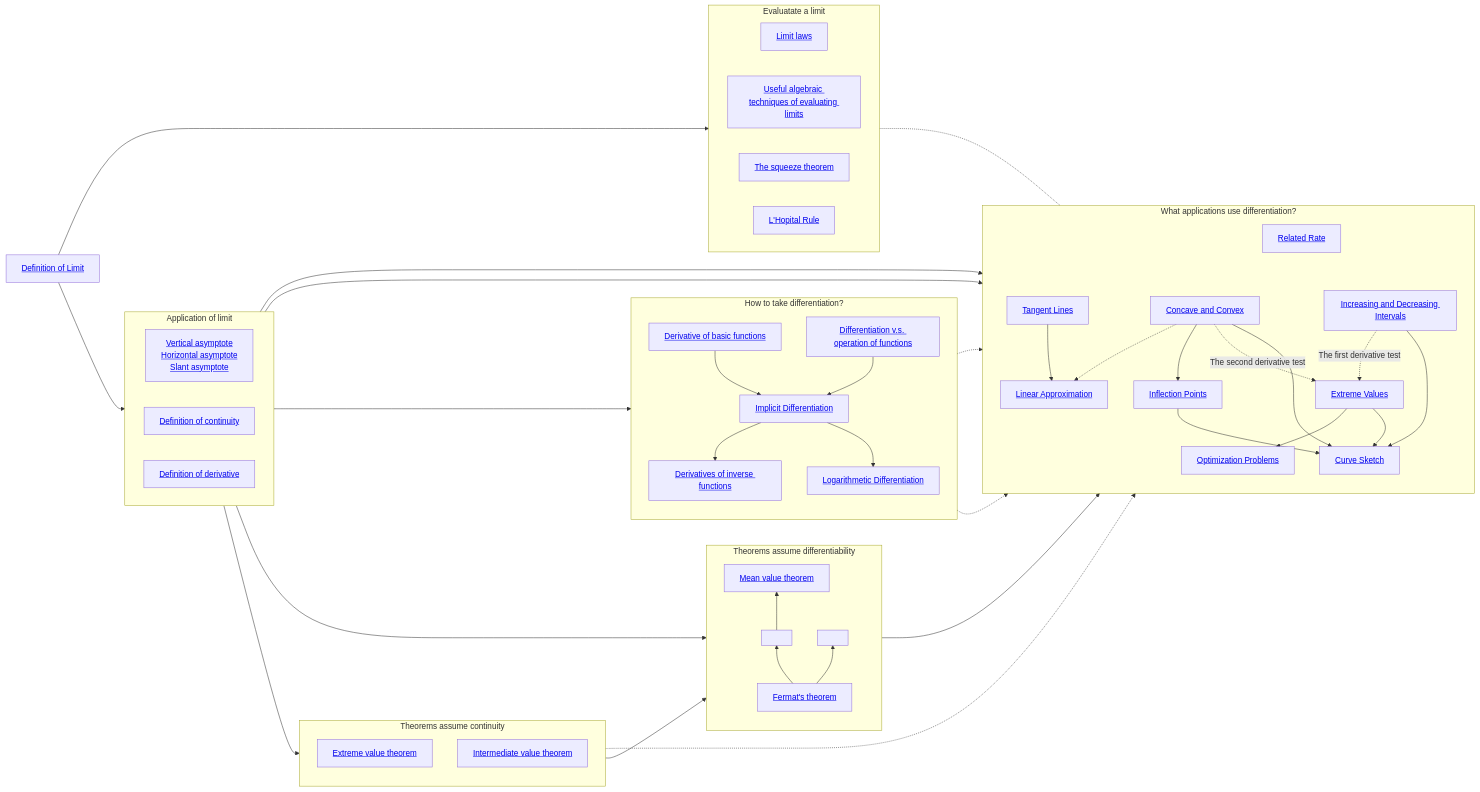
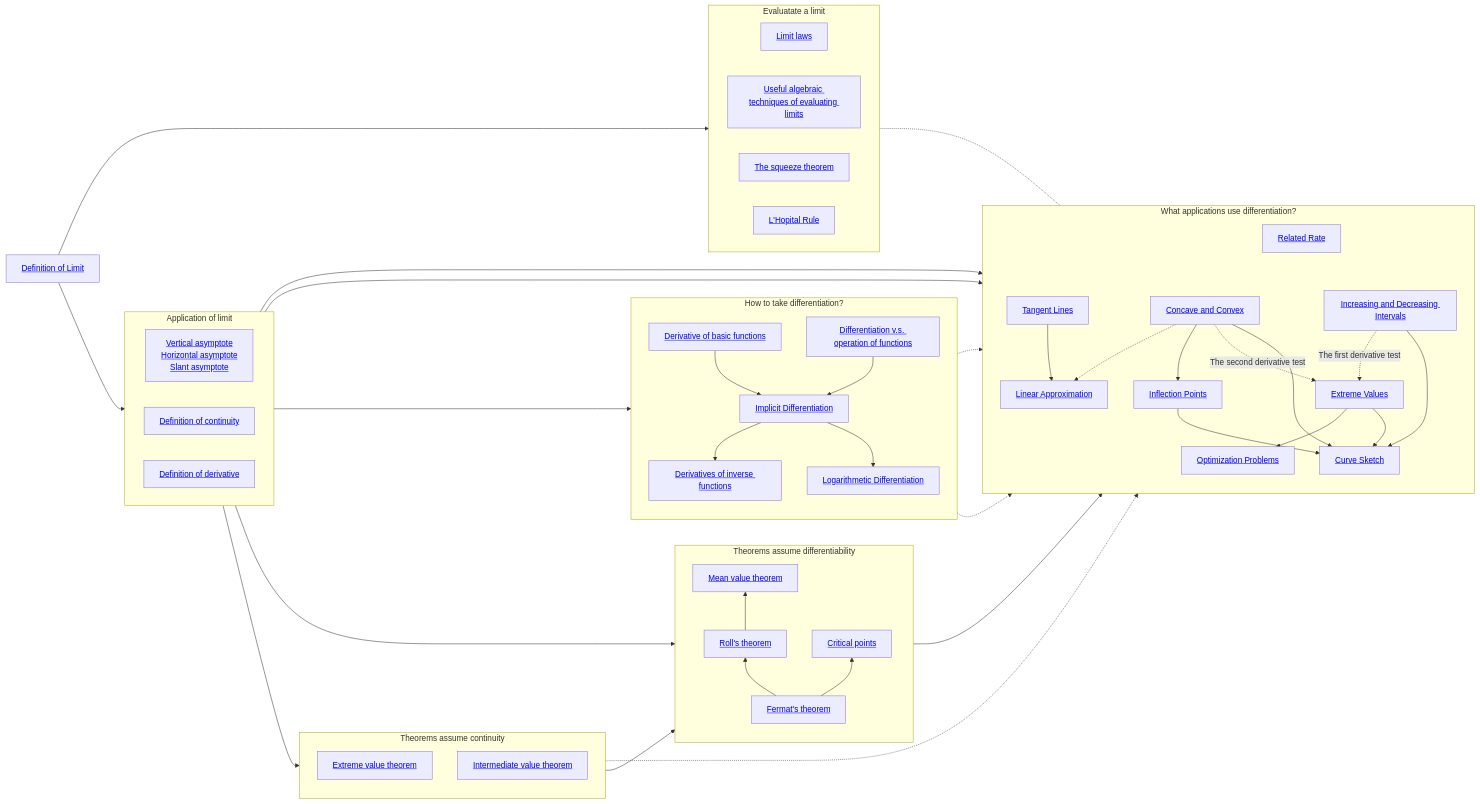
The diagram in _posts/2023-10-19-Calculus-1-overview.md (junwenwaynepeng/junwenwaynepeng.github.io), drawn with Mermaid before and after one commit.

```diff
--- a/_posts/2023-10-19-Calculus-1-overview.md
+++ b/_posts/2023-10-19-Calculus-1-overview.md
@@ -32,9 +32,9 @@
     DiffInverse[<a href='../books/calculus/3-1-how-to-do-derivatives#derivatives-of-inverse-functions'>Derivatives of inverse functions</a>];
     LogDiff[<a href='../books/calculus/3-1-how-to-do-derivatives#logarithmetic-differentiation'>Logarithmetic Differentiation</a>];
     Fermat[<a href='../books/calculus/3-2-theorems-assuming-differentiability#fermats-theorem'>Fermat's theorem</a>];
-    Roll[<a href='../books/calculus/3-2-theorems-assuming-differentiability#rolls-theorem>Roll's theorem</a>];
+    Roll[<a href='../books/calculus/3-2-theorems-assuming-differentiability#rolls-theorem'>Roll's theorem</a>];
     MVT[<a href='../books/calculus/3-2-theorems-assuming-differentiability#the-mean-value-theorem'>Mean value theorem</a>];
-    CriticalPt[<a href='../books/calculus/3-2-theorems-assuming-differentiability#critical-points>Critical points</a>];
+    CriticalPt[<a href='../books/calculus/3-2-theorems-assuming-differentiability#critical-points'>Critical points</a>];
     TangentLine[<a href='../books/calculus/3-3-application-of-differentiation#tangent-lines'>Tangent Lines</a>];
     LinearApprox[<a href='../books/calculus/3-3-application-of-differentiation#linear-approximation'>Linear Approximation</a>];
     RelatedRate[<a href='../books/calculus/3-3-application-of-differentiation#related-rate'>Related Rate</a>];
```
